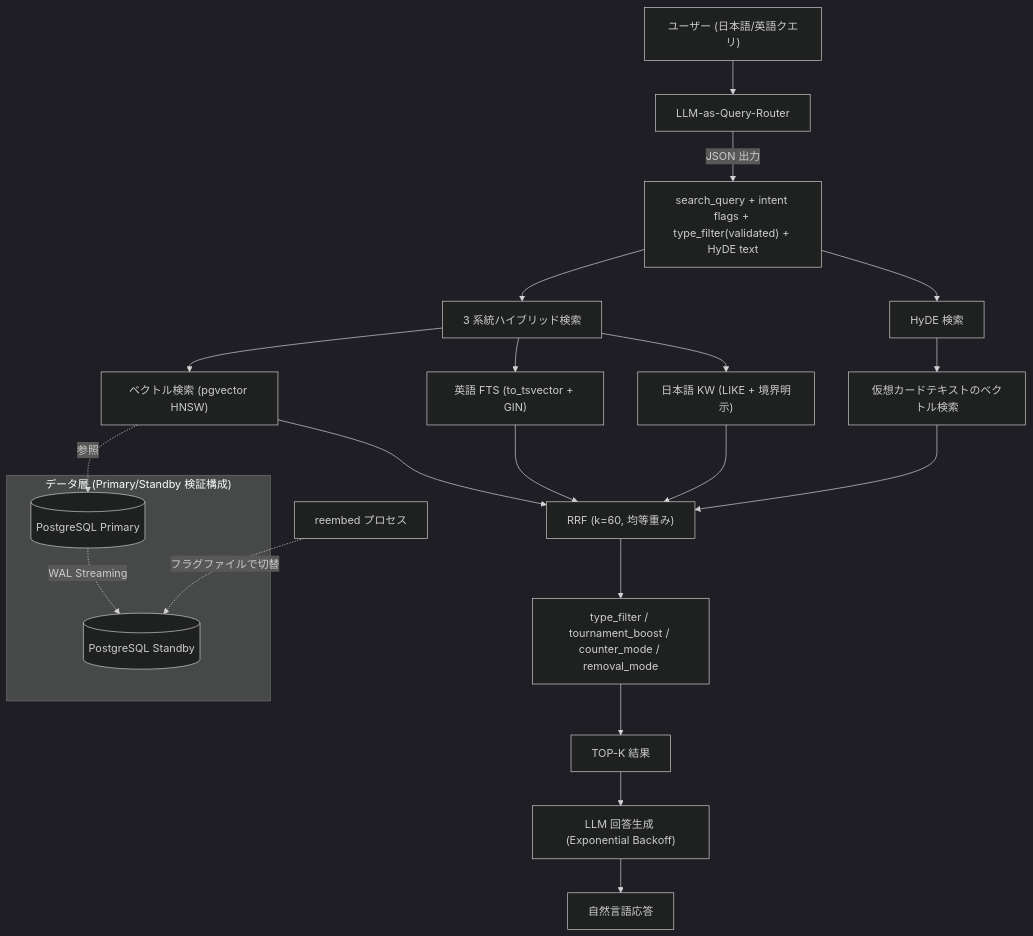
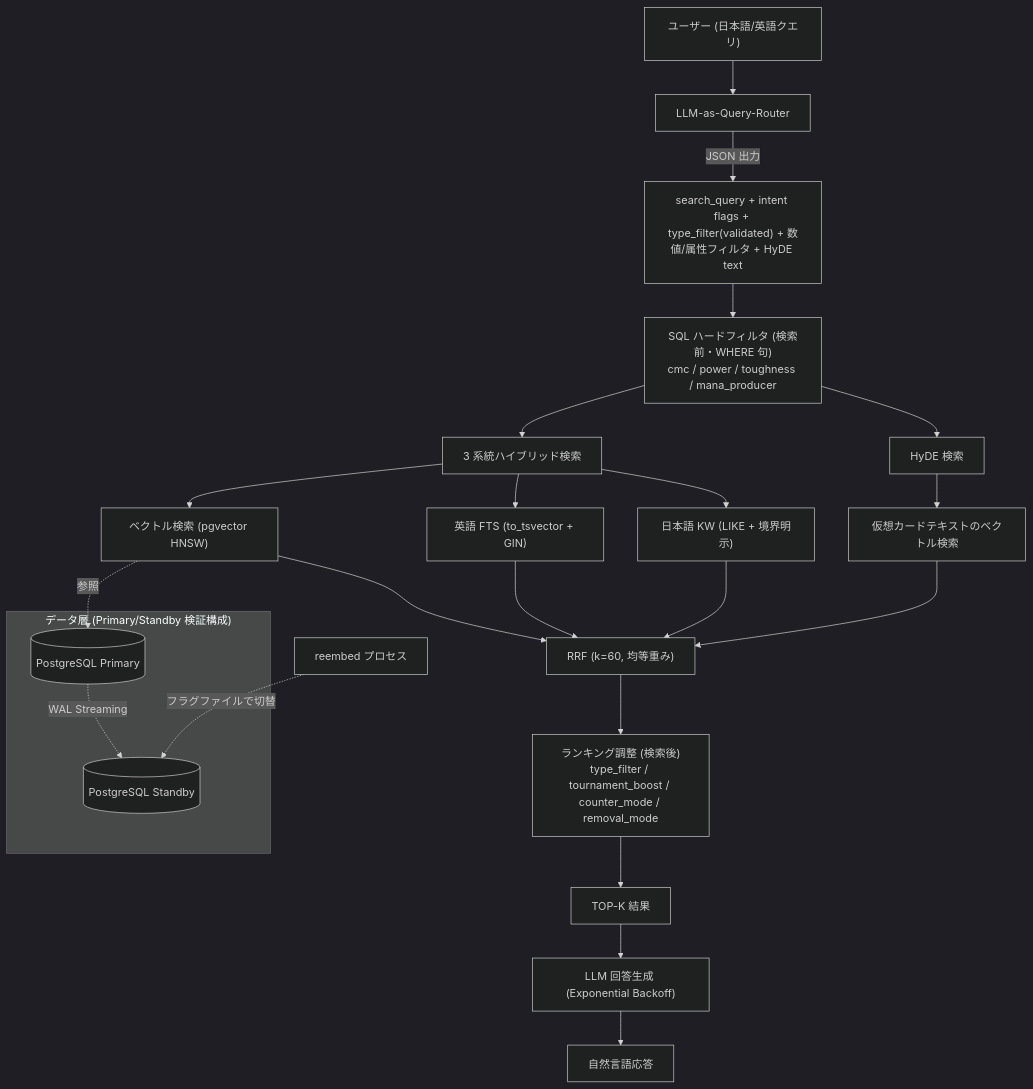
The first of 2 diagrams in README.md (Sakaihashizo/mtg-rag), drawn with Mermaid (dark theme) before and after one commit. The commit also changed other lines of this file, not shown here.

First line of the commit message:
Update README to v6 (produced_mana filter, Scryfall structured data, Aurora SLv2)

````diff
--- a/README.md
+++ b/README.md
@@ -44,27 +46,28 @@
 ```mermaid
 flowchart TB
     User["ユーザー (日本語/英語クエリ)"] --> Router["LLM-as-Query-Router"]
-    Router -->|JSON 出力| Parsed["search_query + intent flags + type_filter(validated) + HyDE text"]
-    Parsed --> Search3[3 系統ハイブリッド検索]
-    Parsed --> HyDESearch[HyDE 検索]
+    Router -->|JSON 出力| Parsed["search_query + intent flags + type_filter(validated) + 数値/属性フィルタ + HyDE text"]
+    Parsed --> Hard["SQL ハードフィルタ (検索前・WHERE 句)<br/>cmc / power / toughness / mana_producer"]
+    Hard --> Search3[3 系統ハイブリッド検索]
+    Hard --> HyDESearch[HyDE 検索]
     Search3 --> Vector["ベクトル検索 (pgvector HNSW)"]
     Search3 --> FTSEN["英語 FTS (to_tsvector + GIN)"]
     Search3 --> FTSJA["日本語 KW (LIKE + 境界明示)"]
     HyDESearch --> VectorHyDE["仮想カードテキストのベクトル検索"]
     Vector --> RRF["RRF (k=60, 均等重み)"]
     FTSEN --> RRF
     FTSJA --> RRF
     VectorHyDE --> RRF
-    RRF --> Filter["type_filter / tournament_boost / counter_mode / removal_mode"]
-    Filter --> TopK[TOP-K 結果]
+    RRF --> Soft["ランキング調整 (検索後)<br/>type_filter / tournament_boost / counter_mode / removal_mode"]
+    Soft --> TopK[TOP-K 結果]
     TopK --> LLM["LLM 回答生成 (Exponential Backoff)"]
     LLM --> Response[自然言語応答]
 
     subgraph "データ層 (Primary/Standby 検証構成)"
         Primary[("PostgreSQL Primary")]
         Standby[("PostgreSQL Standby")]
         Primary -. WAL Streaming .-> Standby
     end
     Vector -. 参照 .-> Primary
     Reembed[reembed プロセス] -. フラグファイルで切替 .-> Standby
 ```
````
